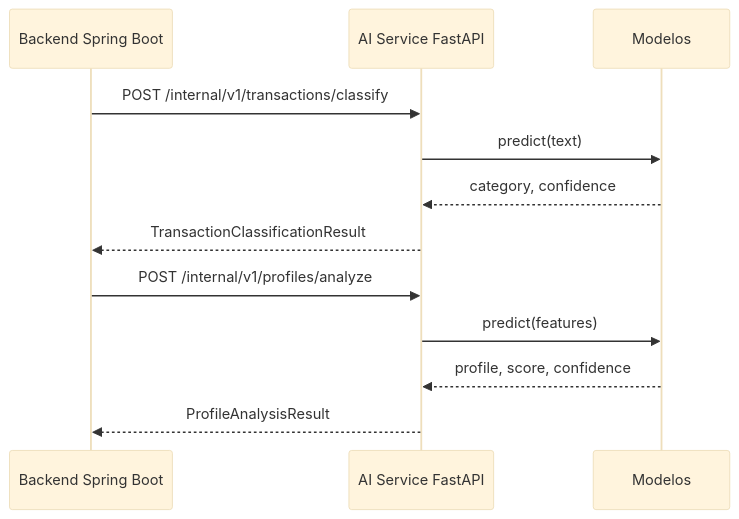
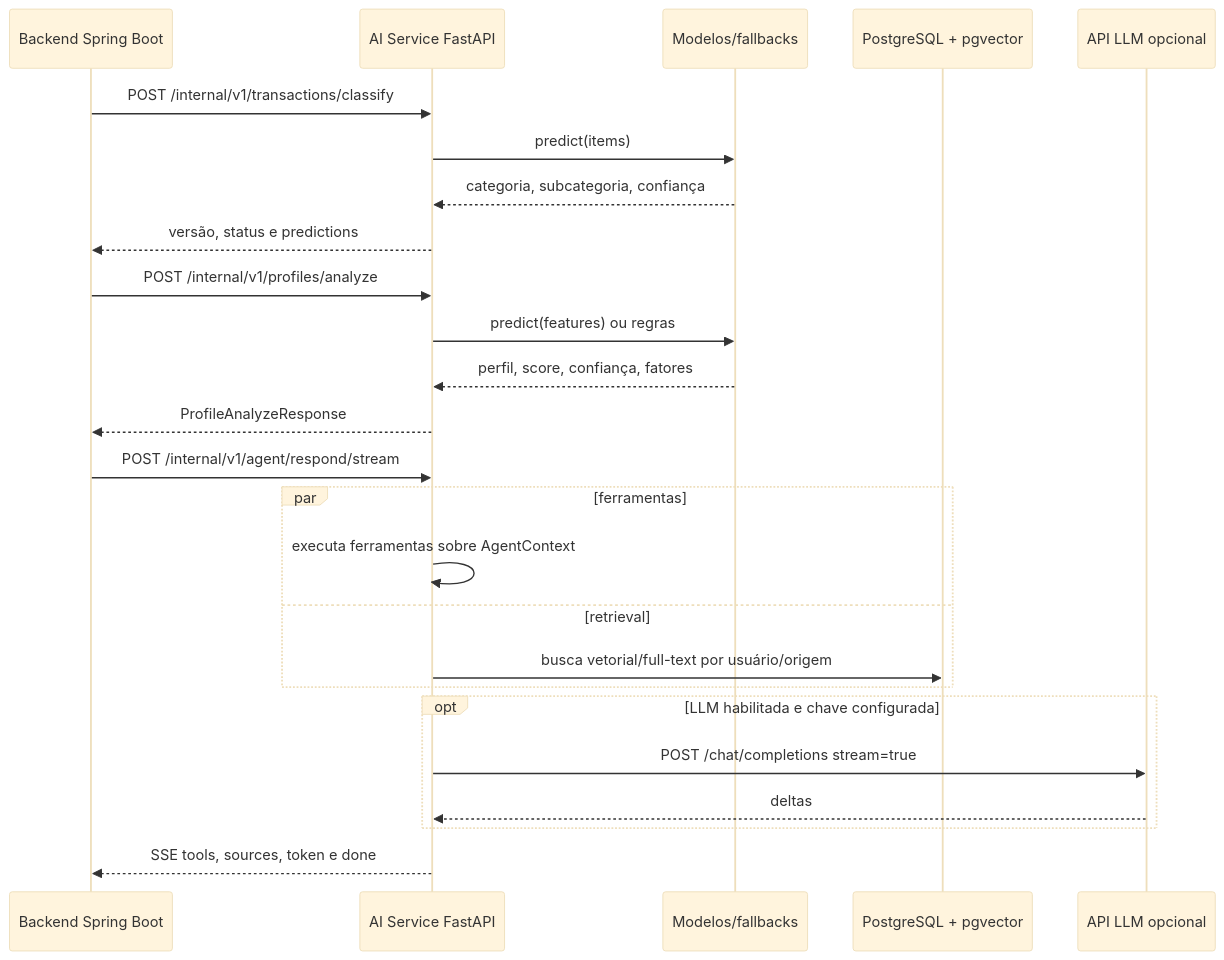
Before and after one commit to No-Country-simulation/G9-BR-Team-17-FinVise: the diagram in docs/diagrams/backend-ai-sequence.mmd, drawn with Mermaid (base theme). The commit also changed 26 other files, not shown here.

```diff
--- a/docs/diagrams/backend-ai-sequence.mmd
+++ b/docs/diagrams/backend-ai-sequence.mmd
@@ -1,14 +1,28 @@
 sequenceDiagram
     participant B as Backend Spring Boot
     participant AI as AI Service FastAPI
-    participant M as Modelos
+    participant M as Modelos/fallbacks
+    participant DB as PostgreSQL + pgvector
+    participant L as API LLM opcional
 
     B->>AI: POST /internal/v1/transactions/classify
-    AI->>M: predict(text)
-    M-->>AI: category, confidence
-    AI-->>B: TransactionClassificationResult
+    AI->>M: predict(items)
+    M-->>AI: categoria, subcategoria, confiança
+    AI-->>B: versão, status e predictions
 
     B->>AI: POST /internal/v1/profiles/analyze
-    AI->>M: predict(features)
-    M-->>AI: profile, score, confidence
-    AI-->>B: ProfileAnalysisResult
+    AI->>M: predict(features) ou regras
+    M-->>AI: perfil, score, confiança, fatores
+    AI-->>B: ProfileAnalyzeResponse
+
+    B->>AI: POST /internal/v1/agent/respond/stream
+    par ferramentas
+        AI->>AI: executa ferramentas sobre AgentContext
+    and retrieval
+        AI->>DB: busca vetorial/full-text por usuário/origem
+    end
+    opt LLM habilitada e chave configurada
+        AI->>L: POST /chat/completions stream=true
+        L-->>AI: deltas
+    end
+    AI-->>B: SSE tools, sources, token e done
```
